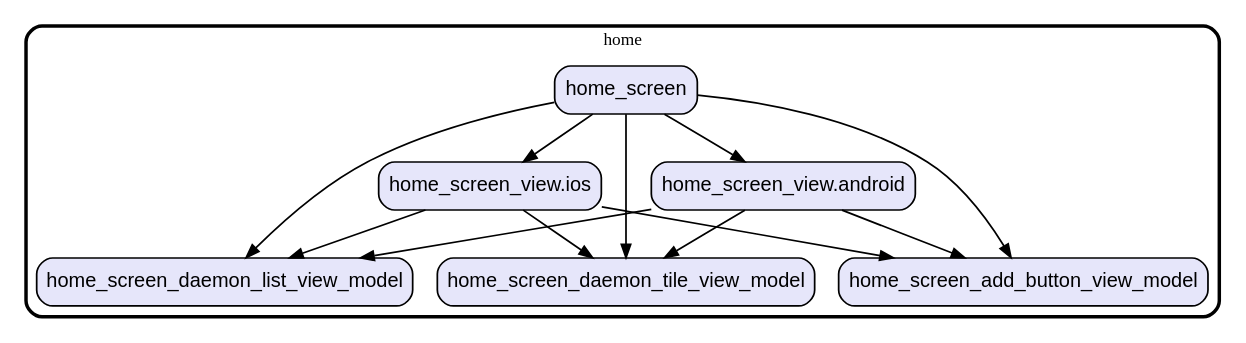
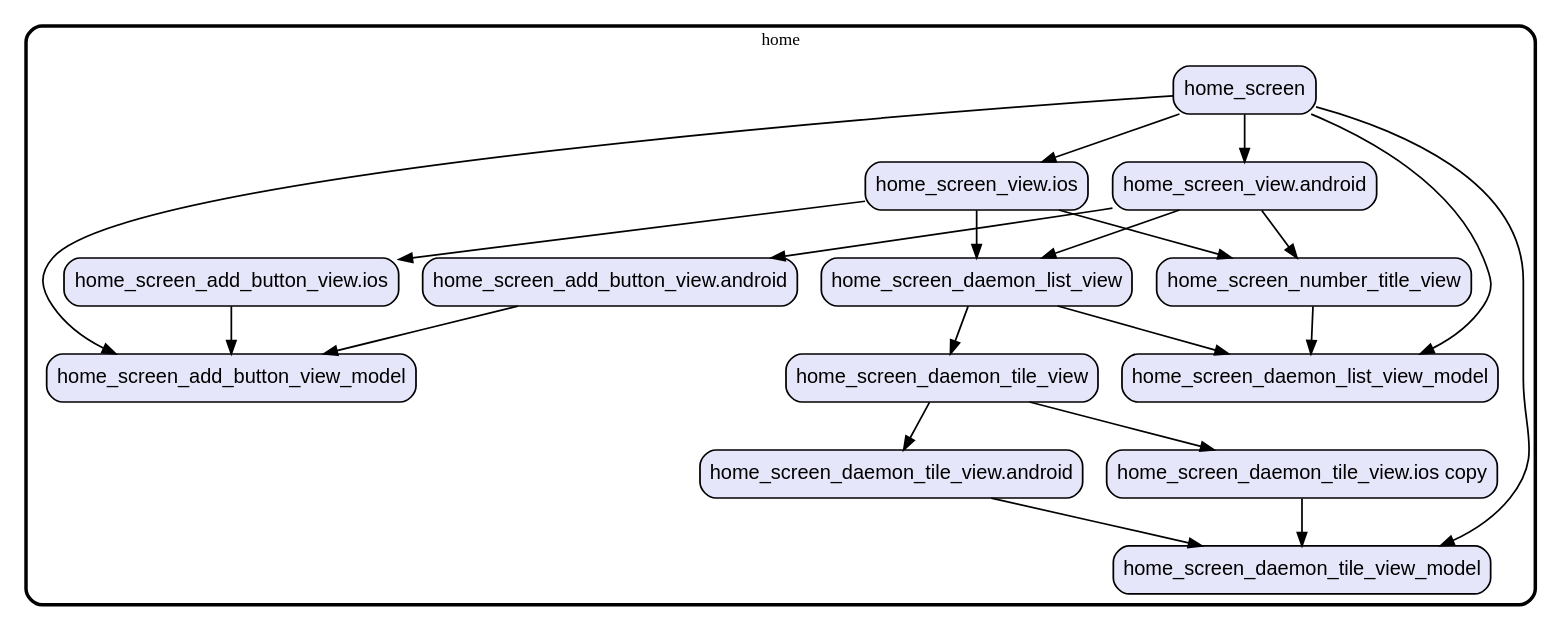
One commit to gev/reacthome-mobile changed the diagram in graph/lib/ui/screens/home.dot. Above: the diagram before and after it, drawn with Graphviz. The commit also changed 3 other files, not shown here.

Commit message:
update the dependencies graph

```diff
--- a/graph/lib/ui/screens/home.dot
+++ b/graph/lib/ui/screens/home.dot
@@ -1,31 +1,54 @@
 digraph "" {
   graph [style=rounded fontname="Arial Black" fontsize=13 penwidth=2.6];
   node [shape=rect style="filled,rounded" fontname=Arial fontsize=15 fillcolor=Lavender penwidth=1.3];
   edge [penwidth=1.3];
+  "/home_screen_daemon_tile_view.ios copy.dart" [label="home_screen_daemon_tile_view.ios copy"];
+  "/home_screen_number_title_view.dart" [label="home_screen_number_title_view"];
   "/home_screen_add_button_view_model.dart" [label="home_screen_add_button_view_model"];
+  "/home_screen_add_button_view.android.dart" [label="home_screen_add_button_view.android"];
   "/home_screen_view.android.dart" [label="home_screen_view.android"];
   "/home_screen_view.ios.dart" [label="home_screen_view.ios"];
   "/home_screen_daemon_tile_view_model.dart" [label="home_screen_daemon_tile_view_model"];
   "/home_screen_daemon_list_view_model.dart" [label="home_screen_daemon_list_view_model"];
+  "/home_screen_daemon_tile_view.android.dart" [label="home_screen_daemon_tile_view.android"];
+  "/home_screen_daemon_list_view.dart" [label="home_screen_daemon_list_view"];
   "/home_screen.dart" [label="home_screen"];
+  "/home_screen_add_button_view.ios.dart" [label="home_screen_add_button_view.ios"];
+  "/home_screen_daemon_tile_view.dart" [label="home_screen_daemon_tile_view"];
   subgraph "cluster~" {
     label="home";
+    "/home_screen_daemon_tile_view.ios copy.dart";
+    "/home_screen_number_title_view.dart";
     "/home_screen_add_button_view_model.dart";
+    "/home_screen_add_button_view.android.dart";
     "/home_screen_view.android.dart";
     "/home_screen_view.ios.dart";
     "/home_screen_daemon_tile_view_model.dart";
     "/home_screen_daemon_list_view_model.dart";
+    "/home_screen_daemon_tile_view.android.dart";
+    "/home_screen_daemon_list_view.dart";
     "/home_screen.dart";
+    "/home_screen_add_button_view.ios.dart";
+    "/home_screen_daemon_tile_view.dart";
   }
-  "/home_screen_view.android.dart" -> "/home_screen_add_button_view_model.dart";
-  "/home_screen_view.android.dart" -> "/home_screen_daemon_tile_view_model.dart";
-  "/home_screen_view.android.dart" -> "/home_screen_daemon_list_view_model.dart";
-  "/home_screen_view.ios.dart" -> "/home_screen_add_button_view_model.dart";
-  "/home_screen_view.ios.dart" -> "/home_screen_daemon_tile_view_model.dart";
-  "/home_screen_view.ios.dart" -> "/home_screen_daemon_list_view_model.dart";
+  "/home_screen_daemon_tile_view.ios copy.dart" -> "/home_screen_daemon_tile_view_model.dart";
+  "/home_screen_number_title_view.dart" -> "/home_screen_daemon_list_view_model.dart";
+  "/home_screen_add_button_view.android.dart" -> "/home_screen_add_button_view_model.dart";
+  "/home_screen_view.android.dart" -> "/home_screen_add_button_view.android.dart";
+  "/home_screen_view.android.dart" -> "/home_screen_daemon_list_view.dart";
+  "/home_screen_view.android.dart" -> "/home_screen_number_title_view.dart";
+  "/home_screen_view.ios.dart" -> "/home_screen_add_button_view.ios.dart";
+  "/home_screen_view.ios.dart" -> "/home_screen_daemon_list_view.dart";
+  "/home_screen_view.ios.dart" -> "/home_screen_number_title_view.dart";
+  "/home_screen_daemon_tile_view.android.dart" -> "/home_screen_daemon_tile_view_model.dart";
+  "/home_screen_daemon_list_view.dart" -> "/home_screen_daemon_list_view_model.dart";
+  "/home_screen_daemon_list_view.dart" -> "/home_screen_daemon_tile_view.dart";
   "/home_screen.dart" -> "/home_screen_add_button_view_model.dart";
   "/home_screen.dart" -> "/home_screen_daemon_list_view_model.dart";
   "/home_screen.dart" -> "/home_screen_daemon_tile_view_model.dart";
   "/home_screen.dart" -> "/home_screen_view.android.dart";
   "/home_screen.dart" -> "/home_screen_view.ios.dart";
+  "/home_screen_add_button_view.ios.dart" -> "/home_screen_add_button_view_model.dart";
+  "/home_screen_daemon_tile_view.dart" -> "/home_screen_daemon_tile_view.android.dart";
+  "/home_screen_daemon_tile_view.dart" -> "/home_screen_daemon_tile_view.ios copy.dart";
 }
```
